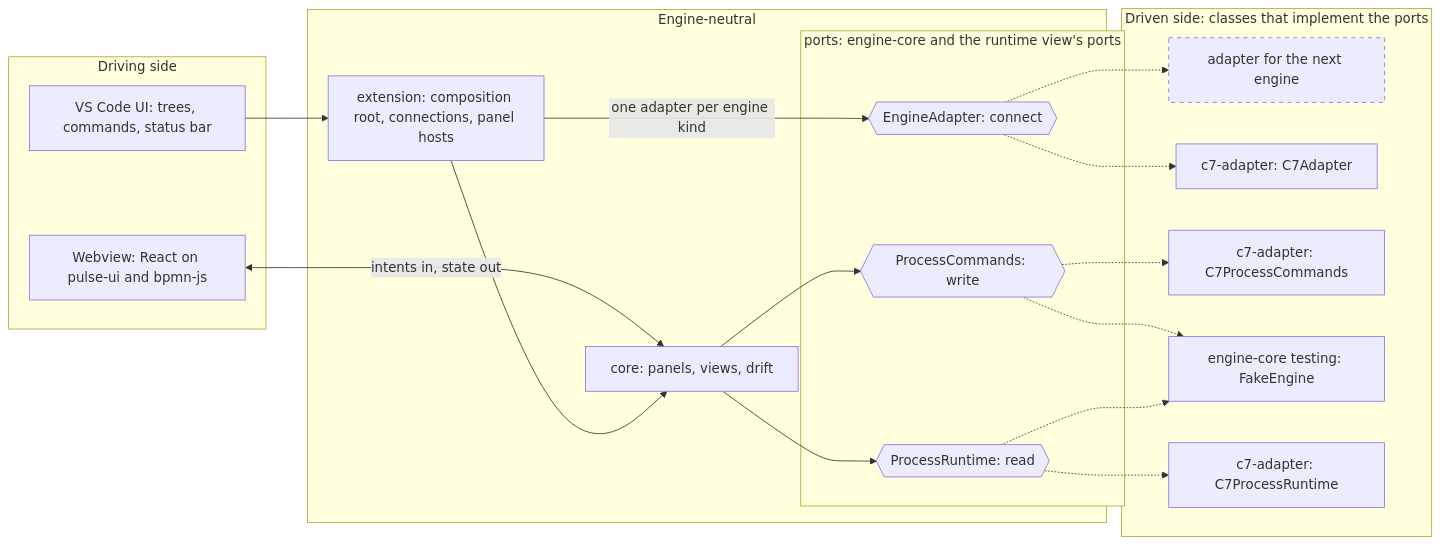
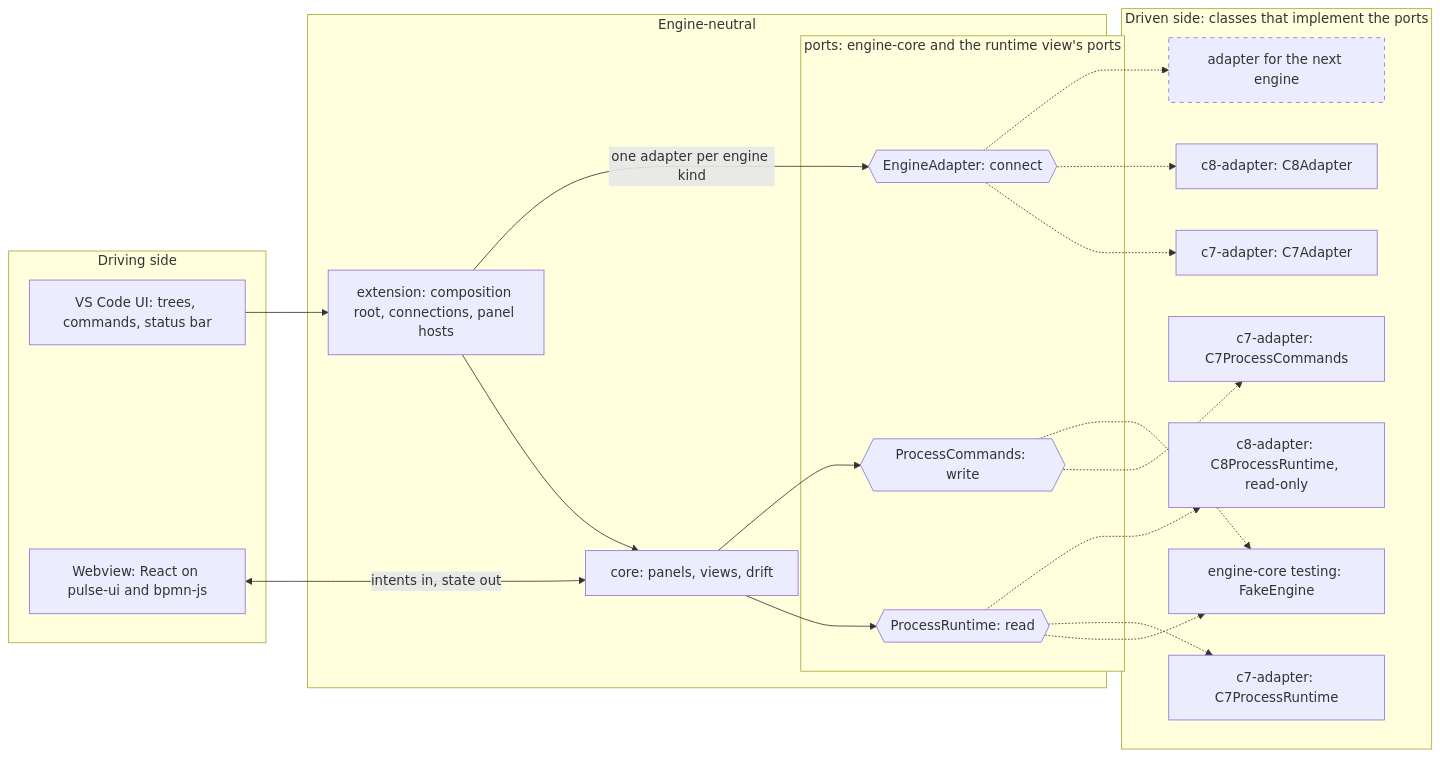
One commit to Miragon/pulse changed the second of 7 diagrams in apps/vscode/docs/architecture-overview.md. Above: the diagram before and after it, drawn with Mermaid. The commit also changed other lines of this file and 30 other files, not shown here.

````diff
--- a/apps/vscode/docs/architecture-overview.md
+++ b/apps/vscode/docs/architecture-overview.md
@@ -80,35 +84,37 @@
 ```mermaid
 flowchart LR
   subgraph driving [Driving side]
     ui[VS Code UI: trees, commands, status bar]
     webview[Webview: React on pulse-ui and bpmn-js]
   end
   subgraph neutral [Engine-neutral]
     extension[extension: composition root, connections, panel hosts]
     core[core: panels, views, drift]
     subgraph ports [ports: engine-core and the runtime view's ports]
       adapterPort{{EngineAdapter: connect}}
       runtime{{ProcessRuntime: read}}
       commands{{ProcessCommands: write}}
     end
   end
   subgraph driven [Driven side: classes that implement the ports]
     next["adapter for the next engine"]
     c7Adapter[c7-adapter: C7Adapter]
     c7Commands[c7-adapter: C7ProcessCommands]
     fake[engine-core testing: FakeEngine]
     c7Runtime[c7-adapter: C7ProcessRuntime]
+    c8Adapter[c8-adapter: C8Adapter]
+    c8Runtime[c8-adapter: C8ProcessRuntime, read-only]
   end
 
   ui --> extension
   webview <-- intents in, state out --> core
   extension --> core
   extension -- one adapter per engine kind --> adapterPort
   core --> runtime
   core --> commands
-  adapterPort -.-> c7Adapter & next
+  adapterPort -.-> c7Adapter & c8Adapter & next
   commands -.-> c7Commands & fake
-  runtime -.-> fake & c7Runtime
+  runtime -.-> fake & c7Runtime & c8Runtime
   classDef planned stroke-dasharray: 5 5
   class next planned
 ```
````
